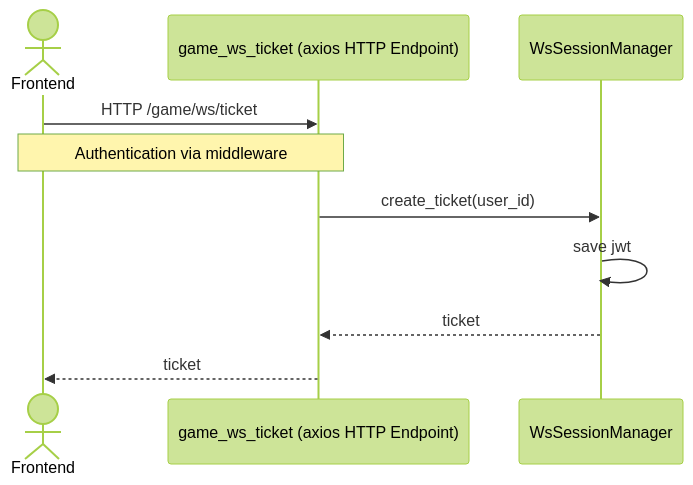
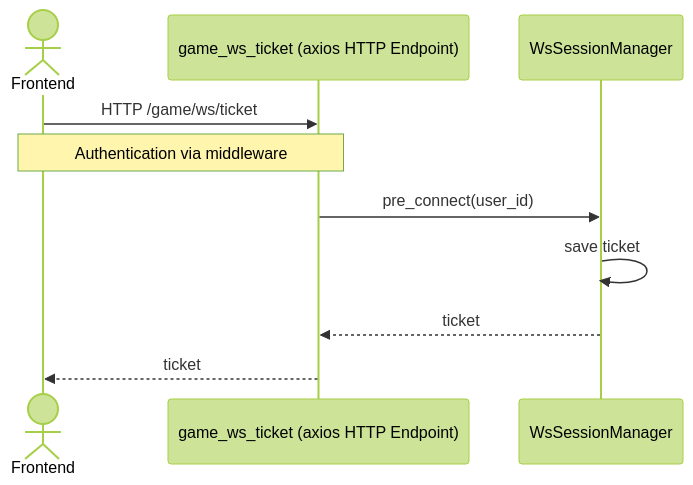
The first of 2 diagrams in docs/backend/processes/websocket-session.md (jakob-rzeppa/turnkeeper), drawn with Mermaid (forest theme) before and after one commit. The commit also changed other lines of this file and 1 other file, not shown here.

Commit message:
update session docs

````diff
--- a/docs/backend/processes/websocket-session.md
+++ b/docs/backend/processes/websocket-session.md
@@ -13,13 +13,13 @@
 ```mermaid
 sequenceDiagram
     actor f as Frontend
     participant ws_t as game_ws_ticket (axios HTTP Endpoint)
     participant wsm as WsSessionManager
 
     f ->> ws_t : HTTP /game/ws/ticket
     note over ws_t, f : Authentication via middleware
-    ws_t ->> wsm : create_ticket(user_id)
-    wsm ->> wsm : save jwt
+    ws_t ->> wsm : pre_connect(user_id)
+    wsm ->> wsm : save ticket
     wsm -->> ws_t : ticket
     ws_t -->> f : ticket
 ```
````
